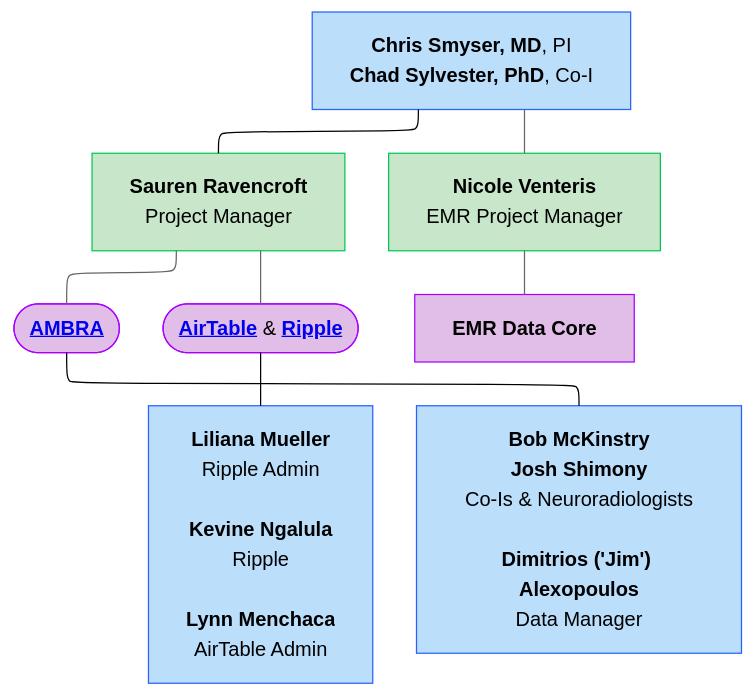
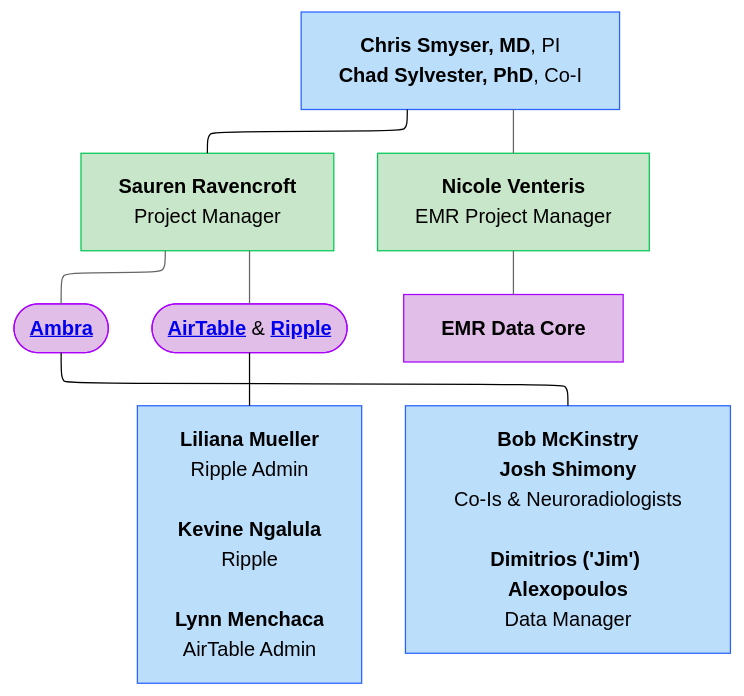
The tenth of 10 diagrams in docs/orgcharts.md (DCAN-Labs/hbcd-docs-internal), drawn with Mermaid (neutral theme) before and after one commit. The commit also changed other lines of this file, not shown here.

Commit message:
remove all caps from Ambra

````diff
--- a/docs/orgcharts.md
+++ b/docs/orgcharts.md
@@ -458,24 +458,24 @@
 ```mermaid
 ---
 config:
   layout: elk
 ---
 flowchart TB
-    A["<b>Sauren Ravencroft</b><br>Project Manager"] --- ambra(["<a href="#ambra"><b>AMBRA</b></a>"])
+    A["<b>Sauren Ravencroft</b><br>Project Manager"] --- ambra(["<a href="#ambra"><b>Ambra</b></a>"])
     A --- n5
     n13["<b>Nicole Venteris</b><br>EMR Project Manager"] --- C["<b>EMR Data Core</b><br>"]
     n5(["<a href="#airtable"><b>AirTable</b></a> & <a href="#ripple"><b>Ripple</b></a>"]) --- n9["<b>Liliana Mueller</b><br>Ripple Admin<br><br><b>Kevine Ngalula</b><br>Ripple<br><br><b>Lynn Menchaca</b><br>AirTable Admin"]
     ambra --- n1["<b>Bob McKinstry</b><br><b>Josh Shimony</b><br>Co-Is &amp; Neuroradiologists<br><br><b>Dimitrios ('Jim') Alexopoulos</b><br>Data Manager"]
     n14["<b>Chris Smyser, MD</b>, PI<br><b>Chad Sylvester, PhD</b>, Co-I"] --- A & n13
     style A fill:#C8E6C9,stroke:#00C853
     style C fill:#E1BEE7,stroke:#AA00FF
     style n13 fill:#C8E6C9,stroke:#00C853
     style n5 fill:#E1BEE7,stroke:#AA00FF
     style n9 fill:#BBDEFB,stroke:#2962FF
     style n1 fill:#BBDEFB,stroke:#2962FF
     style n14 fill:#BBDEFB,stroke:#2962FF
     style ambra fill:#E1BEE7,stroke:#AA00FF
     linkStyle 3 stroke:#000000,fill:none
     linkStyle 4 stroke:#000000,fill:none
     linkStyle 5 stroke:#000000,fill:none
 ```
````
